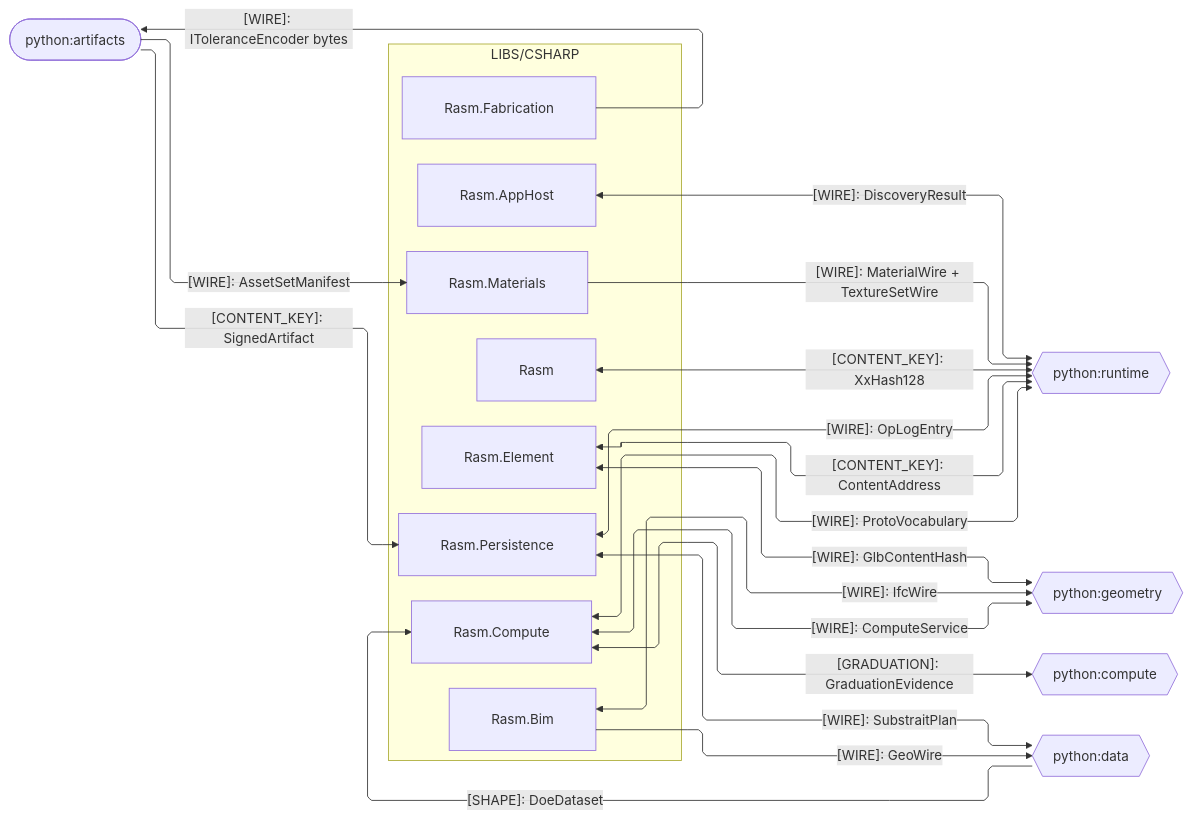
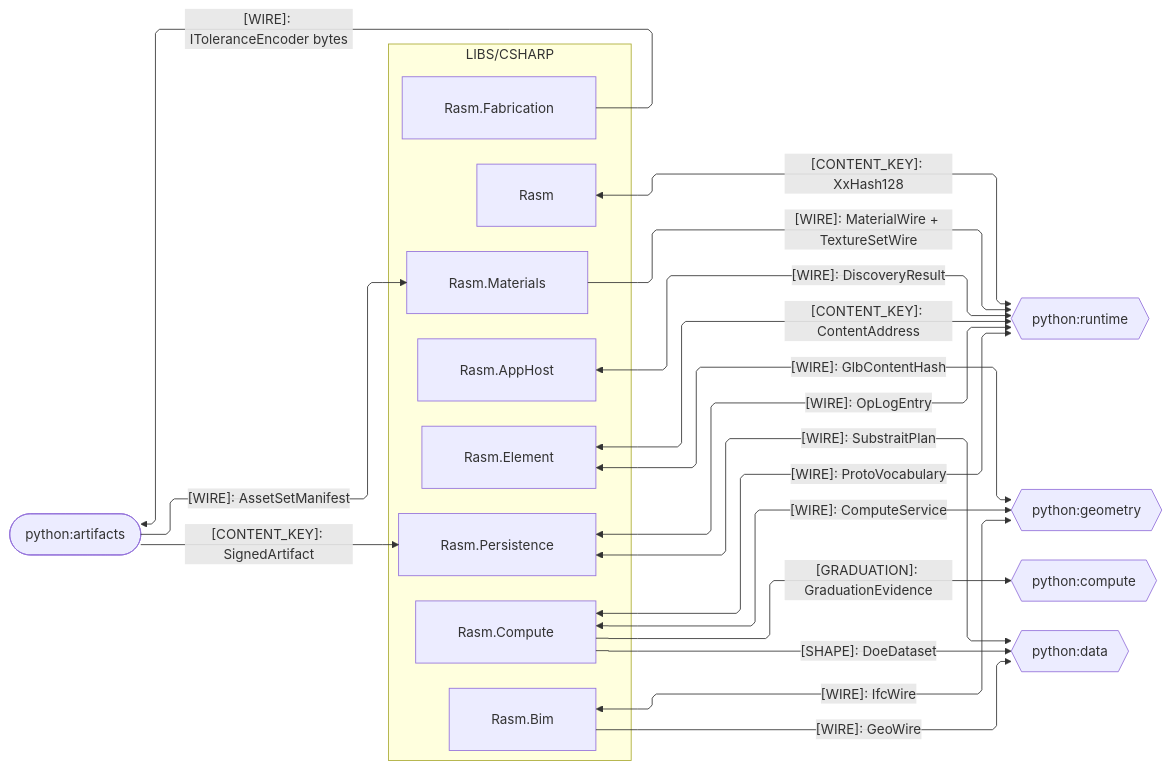
The second of 5 diagrams in libs/csharp/.planning/ARCHITECTURE.md (bsamiee/Rasm), drawn with Mermaid before and after one commit. The commit also changed 84 other files, not shown here.

````diff
--- a/libs/csharp/.planning/ARCHITECTURE.md
+++ b/libs/csharp/.planning/ARCHITECTURE.md
@@ -111,43 +111,43 @@
 ```mermaid
 ---
 config:
   layout: elk
   flowchart:
     curve: linear
     padding: 25
 ---
 flowchart LR
     accTitle: C# branch python seam registry
     accDescr: C# packages exchanging kinded contract shapes with the python packages — data-bearing kinds and shape contracts as labeled edges — bidirectional peers as hexagons, one-way sources and sinks as stadiums.
     subgraph csharp[LIBS/CSHARP]
         Rasm[Rasm]
         Element[Rasm.Element]
         Bim[Rasm.Bim]
         Materials[Rasm.Materials]
         Fabrication[Rasm.Fabrication]
         AppHost[Rasm.AppHost]
         Compute[Rasm.Compute]
         Persistence[Rasm.Persistence]
     end
     PyRuntime{{python:runtime}}
     PyGeometry{{python:geometry}}
     PyCompute{{python:compute}}
     PyData{{python:data}}
     PyArtifacts([python:artifacts])
     Rasm <-->|"[CONTENT_KEY]: XxHash128"| PyRuntime
     Element <-->|"[WIRE]: GlbContentHash"| PyGeometry
     Element <-->|"[CONTENT_KEY]: ContentAddress"| PyRuntime
     Bim <-->|"[WIRE]: IfcWire"| PyGeometry
     Bim -->|"[WIRE]: GeoWire"| PyData
     Materials -->|"[WIRE]: MaterialWire + TextureSetWire"| PyRuntime
     PyArtifacts -->|"[WIRE]: AssetSetManifest"| Materials
     Fabrication -->|"[WIRE]: IToleranceEncoder bytes"| PyArtifacts
     AppHost <-->|"[WIRE]: DiscoveryResult"| PyRuntime
     Compute <-->|"[WIRE]: ComputeService"| PyGeometry
     Compute <-->|"[WIRE]: ProtoVocabulary"| PyRuntime
-    Compute <-->|"[GRADUATION]: GraduationEvidence"| PyCompute
-    PyData -->|"[SHAPE]: DoeDataset"| Compute
+    Compute -->|"[GRADUATION]: GraduationEvidence"| PyCompute
+    Compute -->|"[SHAPE]: DoeDataset"| PyData
     Persistence <-->|"[WIRE]: OpLogEntry"| PyRuntime
     PyArtifacts -->|"[CONTENT_KEY]: SignedArtifact"| Persistence
     Persistence <-->|"[WIRE]: SubstraitPlan"| PyData
 ```
````
